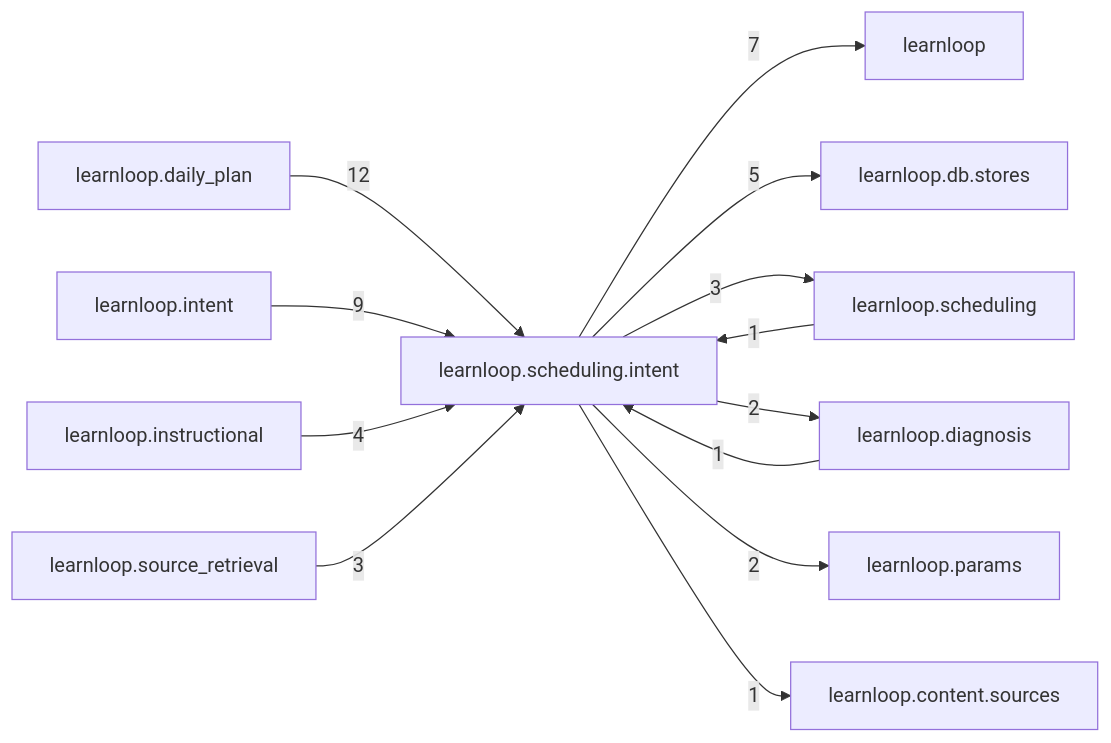
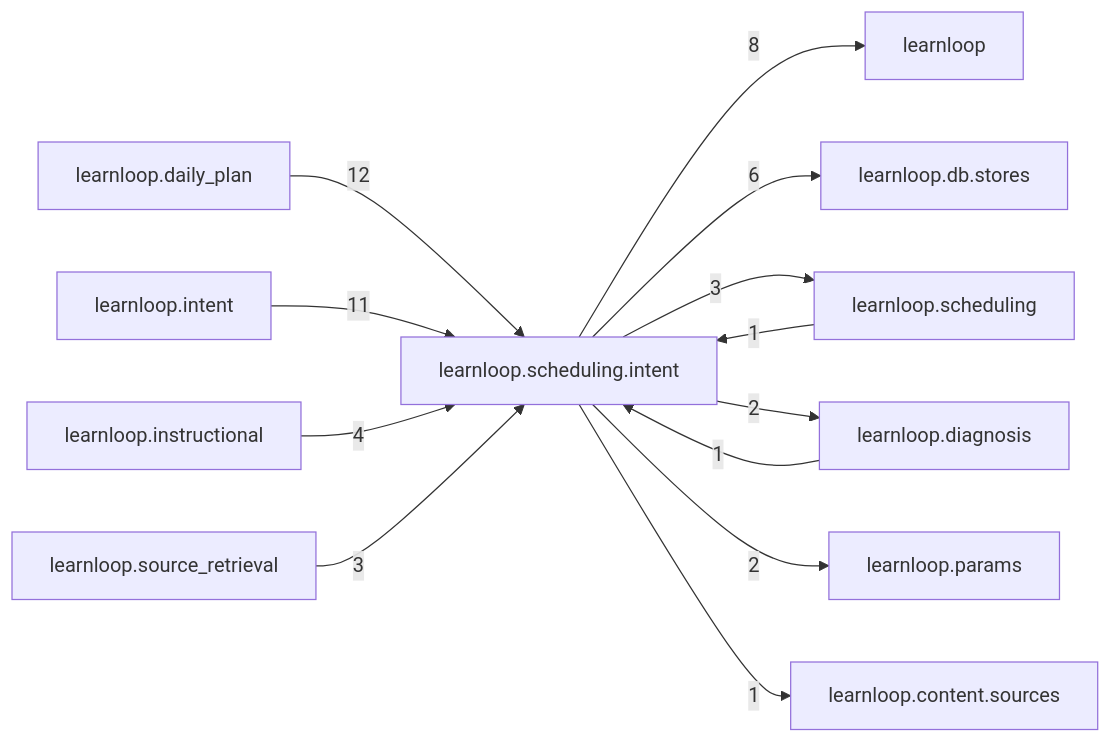
The diagram in docs/learnloop-architecture-vault/Reference/Modules/learnloop/scheduling/intent/_package.md (6up-b/learnanything), drawn with Mermaid before and after one commit. The commit also changed other lines of this file and 62 other files, not shown here.

````diff
--- a/docs/learnloop-architecture-vault/Reference/Modules/learnloop/scheduling/intent/_package.md
+++ b/docs/learnloop-architecture-vault/Reference/Modules/learnloop/scheduling/intent/_package.md
@@ -85,26 +85,26 @@
 ```mermaid
 flowchart LR
     center["learnloop.scheduling.intent"]
     n_learnloop_daily_plan["learnloop.daily_plan"]
     n_learnloop_intent["learnloop.intent"]
     n_learnloop["learnloop"]
     n_learnloop_db_stores["learnloop.db.stores"]
     n_learnloop_instructional["learnloop.instructional"]
     n_learnloop_scheduling["learnloop.scheduling"]
     n_learnloop_diagnosis["learnloop.diagnosis"]
     n_learnloop_source_retrieval["learnloop.source_retrieval"]
     n_learnloop_params["learnloop.params"]
     n_learnloop_content_sources["learnloop.content.sources"]
     n_learnloop_daily_plan -->|12| center
-    n_learnloop_intent -->|9| center
-    center -->|7| n_learnloop
-    center -->|5| n_learnloop_db_stores
+    n_learnloop_intent -->|11| center
+    center -->|8| n_learnloop
+    center -->|6| n_learnloop_db_stores
     n_learnloop_instructional -->|4| center
     n_learnloop_scheduling -->|1| center
     center -->|3| n_learnloop_scheduling
     n_learnloop_diagnosis -->|1| center
     center -->|2| n_learnloop_diagnosis
     n_learnloop_source_retrieval -->|3| center
     center -->|2| n_learnloop_params
     center -->|1| n_learnloop_content_sources
 ```
````
